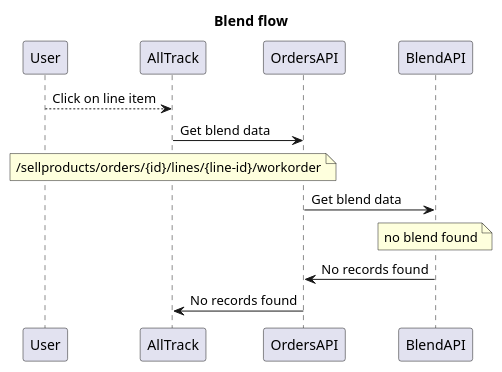
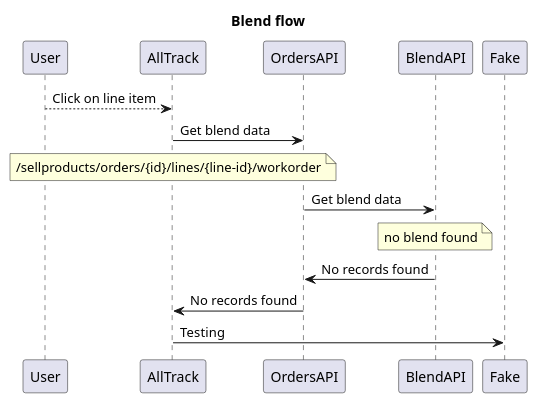
One commit to das01d/simple-app changed the diagram in docs/myarch.puml. Above: the diagram before and after it, drawn with PlantUML. The commit also changed 2 other files, not shown here.

```diff
--- a/docs/myarch.puml
+++ b/docs/myarch.puml
@@ -1,12 +1,13 @@
 @startuml
 title Blend flow
 
 User --> AllTrack: Click on line item
 
 AllTrack -> OrdersAPI: Get blend data 
 note over AllTrack: /sellproducts/orders/{id}/lines/{line-id}/workorder
 OrdersAPI -> BlendAPI: Get blend data
 note over BlendAPI: no blend found
 BlendAPI -> OrdersAPI: No records found
 OrdersAPI -> AllTrack: No records found
+AllTrack -> Fake: Testing
 @enduml
```
